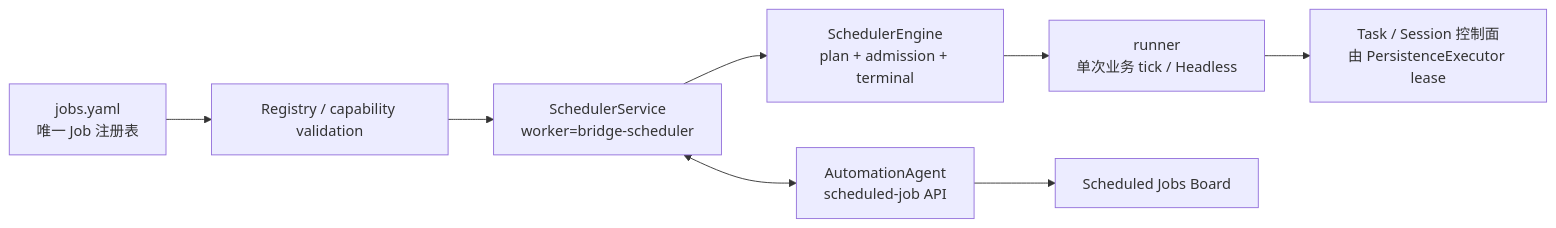
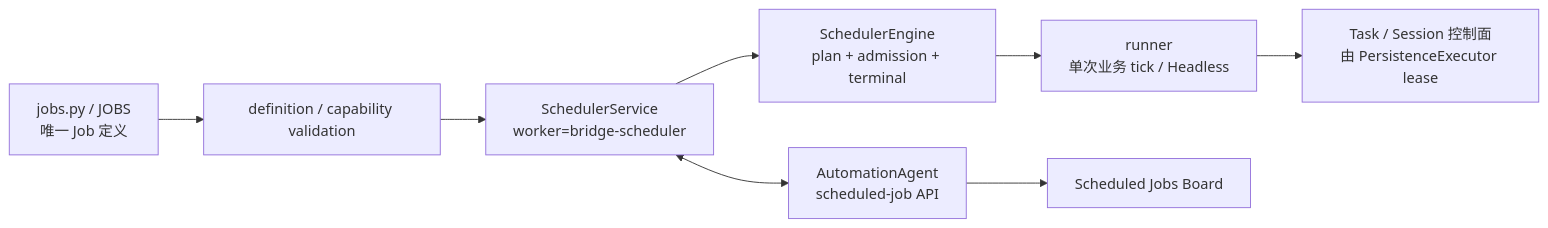
One commit to aliyun/terraform-provider-alicloud changed the diagram in docs/superpowers/specs/2026-07-20-bridge-scheduler-refactor-design.md. Above: the diagram before and after it, drawn with Mermaid. The commit also changed other lines of this file and 70 other files, not shown here.

````diff
--- a/docs/superpowers/specs/2026-07-20-bridge-scheduler-refactor-design.md
+++ b/docs/superpowers/specs/2026-07-20-bridge-scheduler-refactor-design.md
@@ -24,10 +23,10 @@
 ```mermaid
 flowchart LR
-  Y["jobs.yaml\n唯一 Job 注册表"] --> R["Registry / capability validation"]
+  Y["jobs.py / JOBS\n唯一 Job 定义"] --> R["definition / capability validation"]
   R --> S["SchedulerService\nworker=bridge-scheduler"]
   S --> E["SchedulerEngine\nplan + admission + terminal"]
   E --> X["runner\n单次业务 tick / Headless"]
   X --> T["Task / Session 控制面\n由 PersistenceExecutor lease"]
   S <--> CP["AutomationAgent\nscheduled-job API"]
   CP --> B["Scheduled Jobs Board"]
 ```
````
